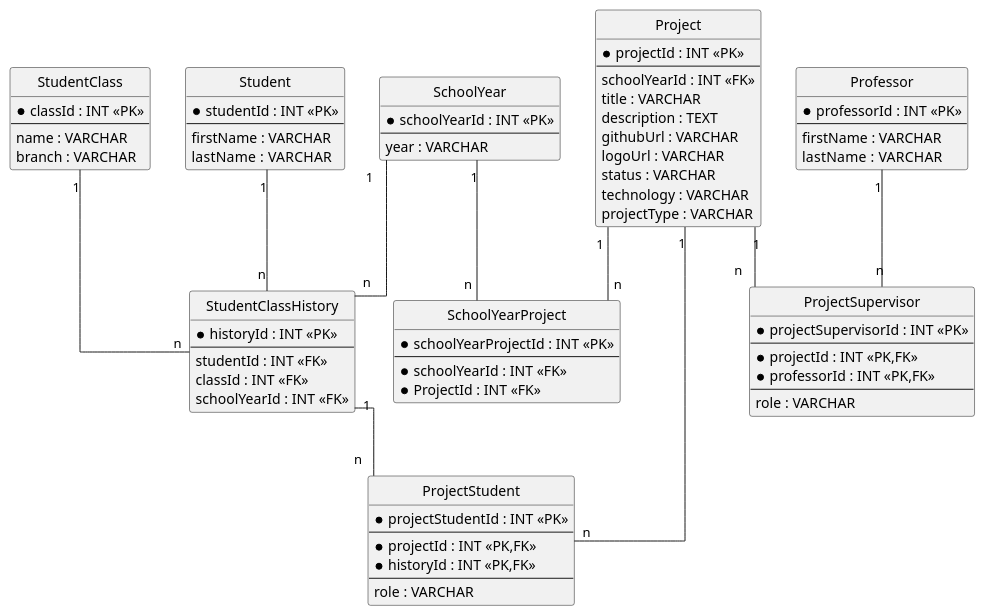
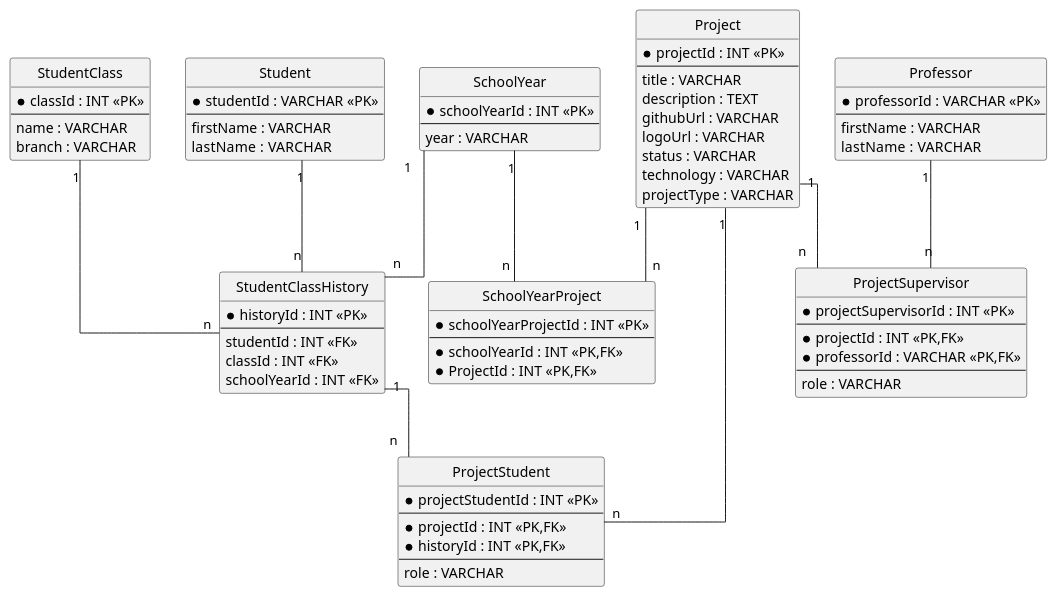
The diagram in datamodel.puml (252627-BHIF-SYP/Projekt-Managment), drawn with PlantUML before and after one commit. The commit also changed 55 other files, not shown here.

Commit message:
Added Projecttype for projects when adding project, project can go over 1 year, professor id equals edufs name, updated datamodell acording to new changes

```diff
--- a/datamodel.puml
+++ b/datamodel.puml
@@ -1,91 +1,90 @@
 @startuml
 hide circle
 skinparam linetype ortho
 skinparam shadowing false
 
 entity "SchoolYear" as SchoolYear {
   * schoolYearId : INT <<PK>>
   --
   year : VARCHAR
 }
 
 entity "SchoolYearProject" as SchoolYearProject {
   * schoolYearProjectId : INT <<PK>>
   --
- * schoolYearId : INT <<FK>>
- * ProjectId : INT <<FK>>
+ * schoolYearId : INT <<PK,FK>>
+ * ProjectId : INT <<PK,FK>>
 }
 
 entity "StudentClass" as Class {
   * classId : INT <<PK>>
   --
   name : VARCHAR
   branch : VARCHAR
 }
 
 entity "Student" as Student {
-  * studentId : INT <<PK>>
+  * studentId : VARCHAR <<PK>>
   --
   firstName : VARCHAR
   lastName  : VARCHAR
 }
 
 entity "Professor" as Professor {
-  * professorId : INT <<PK>>
+  * professorId : VARCHAR <<PK>>
   --
   firstName : VARCHAR
   lastName  : VARCHAR
 }
 
 entity "StudentClassHistory" as StudentClassHistory {
   * historyId : INT <<PK>>
   --
   studentId : INT <<FK>>
   classId : INT <<FK>>
   schoolYearId : INT <<FK>>
 }
 
 entity "Project" as Project {
   * projectId : INT <<PK>>
   --
-  schoolYearId : INT <<FK>>
   title : VARCHAR
   description : TEXT
   githubUrl : VARCHAR
   logoUrl : VARCHAR
   status : VARCHAR
   technology : VARCHAR
   projectType : VARCHAR
 }
 
 entity "ProjectStudent" as ProjectStudent {
   * projectStudentId : INT <<PK>>
   --
   * projectId : INT <<PK,FK>>
   * historyId : INT <<PK,FK>>
   --
   role : VARCHAR
 }
 
 entity "ProjectSupervisor" as ProjectSupervisor {
   * projectSupervisorId : INT <<PK>>
   --
   * projectId : INT <<PK,FK>>
-  * professorId : INT <<PK,FK>>
+  * professorId : VARCHAR <<PK,FK>>
   --
   role : VARCHAR
 }
 
 SchoolYear "1" -- "n" StudentClassHistory
 Class      "1" -- "n" StudentClassHistory
 Student    "1" -- "n" StudentClassHistory
 
 Project "1" -- "n" SchoolYearProject
 SchoolYear "1" -- "n" SchoolYearProject
 
 Project              "1" -- "n" ProjectStudent
 StudentClassHistory  "1" -- "n" ProjectStudent
 
 Project    "1" -- "n" ProjectSupervisor
 Professor  "1" -- "n" ProjectSupervisor
 @enduml
```
